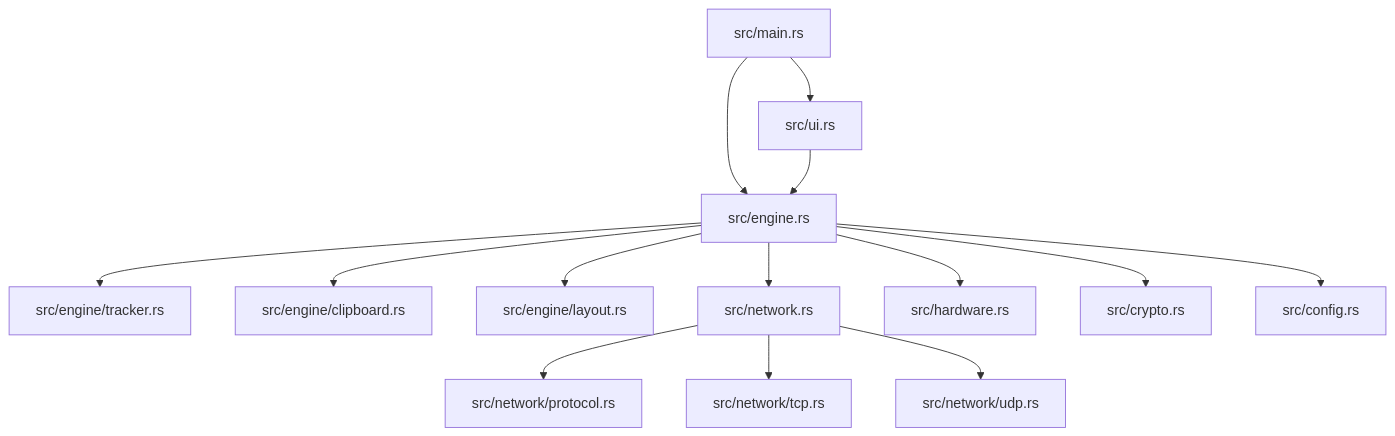
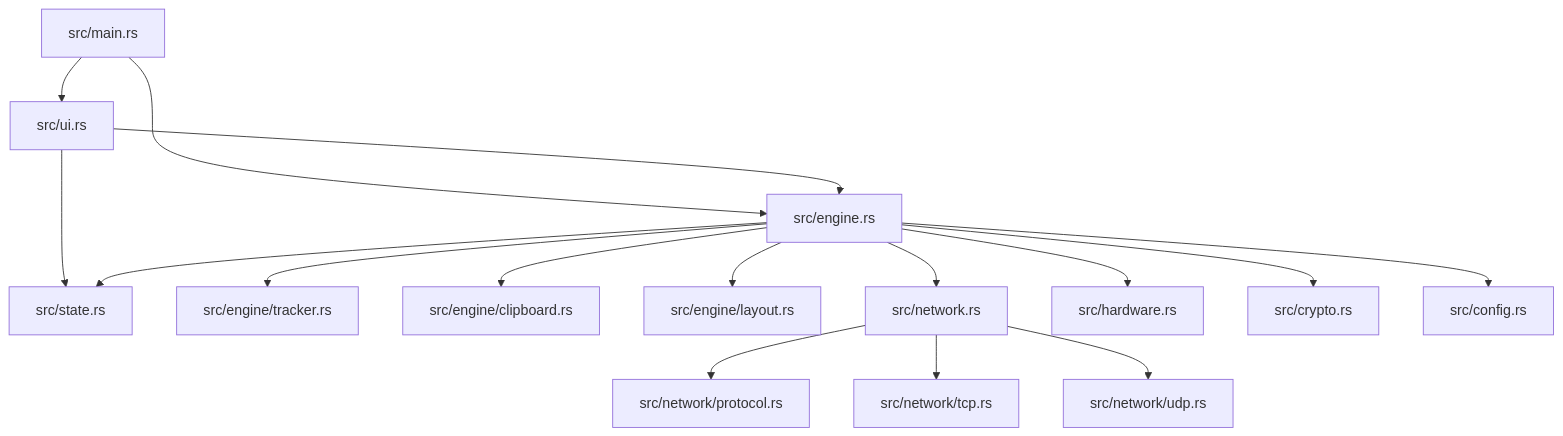
One commit to guyavrhm/flow changed the first of 3 diagrams in ARCHITECTURE.md. Above: the diagram before and after it, drawn with Mermaid. The commit also changed other lines of this file and 16 other files, not shown here.

````diff
--- a/ARCHITECTURE.md
+++ b/ARCHITECTURE.md
@@ -19,16 +19,18 @@
 ```mermaid
 graph TD
     Main[src/main.rs] --> UI[src/ui.rs]
     Main --> Engine[src/engine.rs]
     UI --> Engine
+    UI --> State[src/state.rs]
+    Engine --> State
     Engine --> Tracker[src/engine/tracker.rs]
     Engine --> ClipboardMod[src/engine/clipboard.rs]
     Engine --> Layout[src/engine/layout.rs]
     Engine --> Network[src/network.rs]
     Engine --> Hardware[src/hardware.rs]
     Network --> Protocol[src/network/protocol.rs]
     Network --> TCP[src/network/tcp.rs]
     Network --> UDP[src/network/udp.rs]
     Engine --> Crypto[src/crypto.rs]
     Engine --> Config[src/config.rs]
 ```
````
